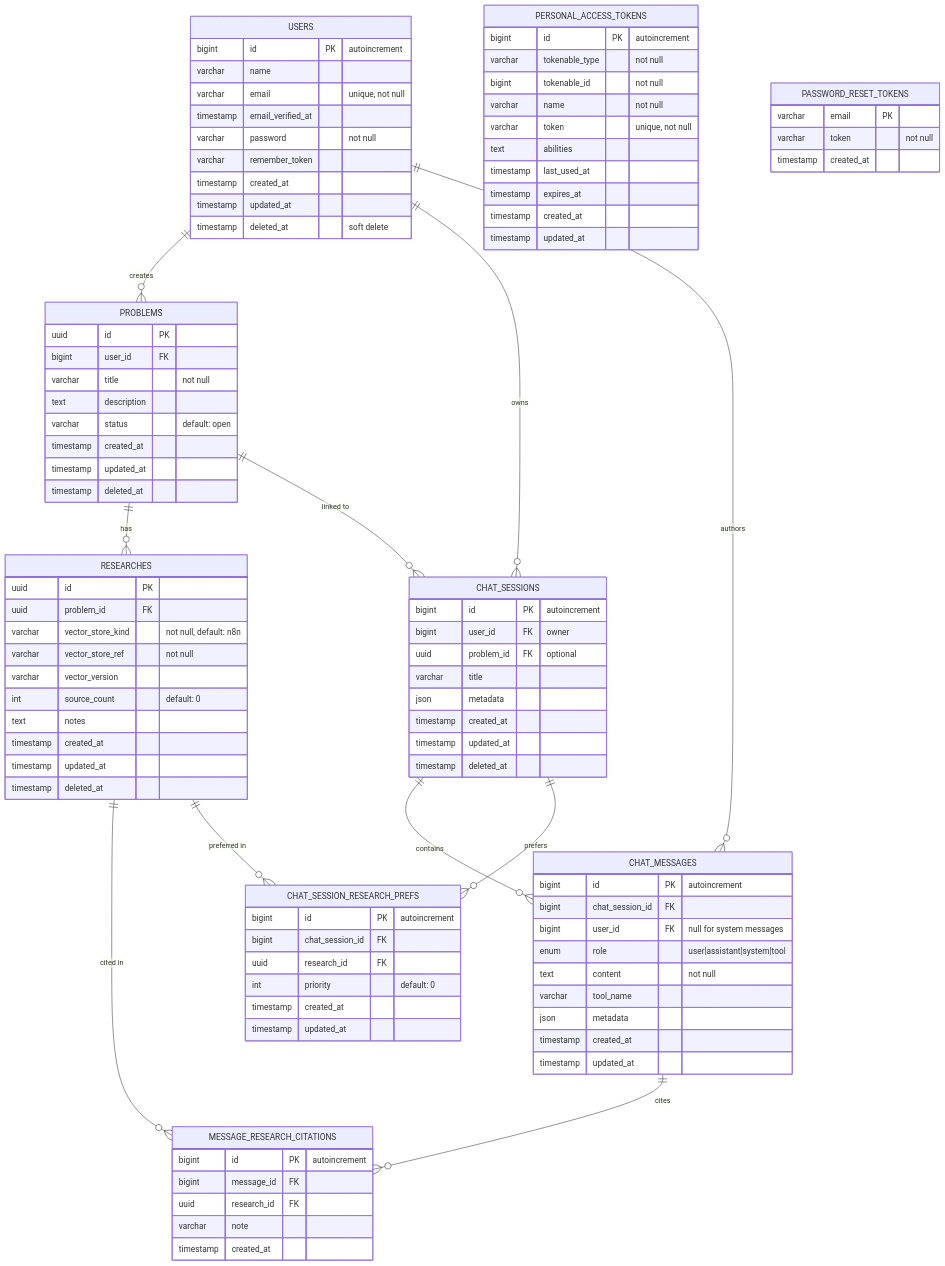
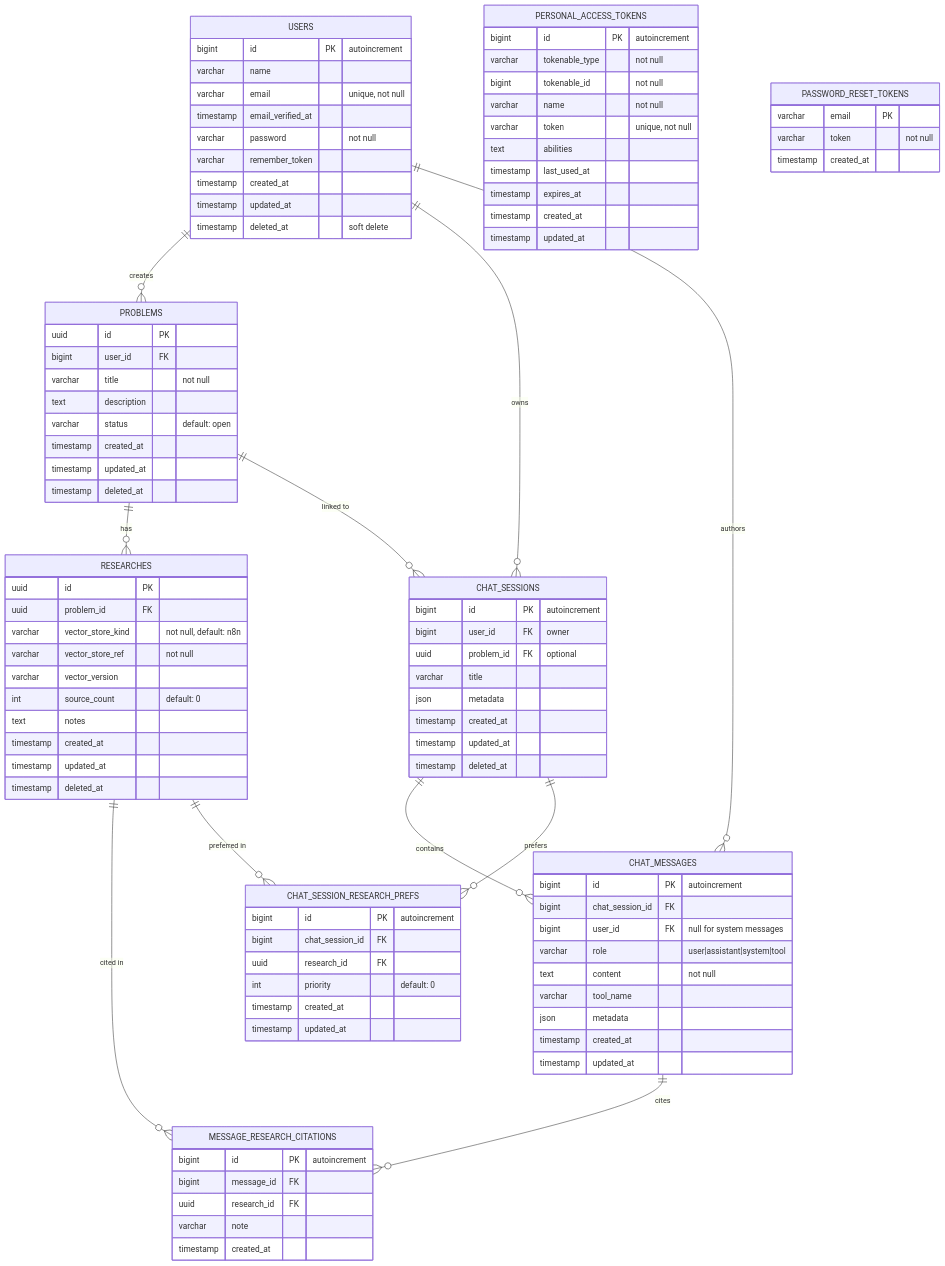
The third of 4 diagrams in Readme.md (Nileneb/research-bot), drawn with Mermaid before and after one commit. The commit also changed other lines of this file, not shown here.

Commit message:
Refactor CHAT_MESSAGES schema for improved readability and update Public Beta milestone date in roadmap

```diff
--- a/Readme.md
+++ b/Readme.md
@@ -124,15 +124,15 @@
     }
     
     CHAT_MESSAGES {
-        bigint id PK "autoincrement"
-        bigint chat_session_id FK
-        bigint user_id FK "null for system messages"
-        enum role "user|assistant|system|tool"
-        text content "not null"
-        varchar tool_name
-        json metadata
-        timestamp created_at
-        timestamp updated_at
+    bigint id PK "autoincrement"
+    bigint chat_session_id FK
+    bigint user_id FK "null for system messages"
+    varchar role "user|assistant|system|tool"
+    text content "not null"
+    varchar tool_name
+    json metadata
+    timestamp created_at
+    timestamp updated_at
     }
     
     MESSAGE_RESEARCH_CITATIONS {
```
